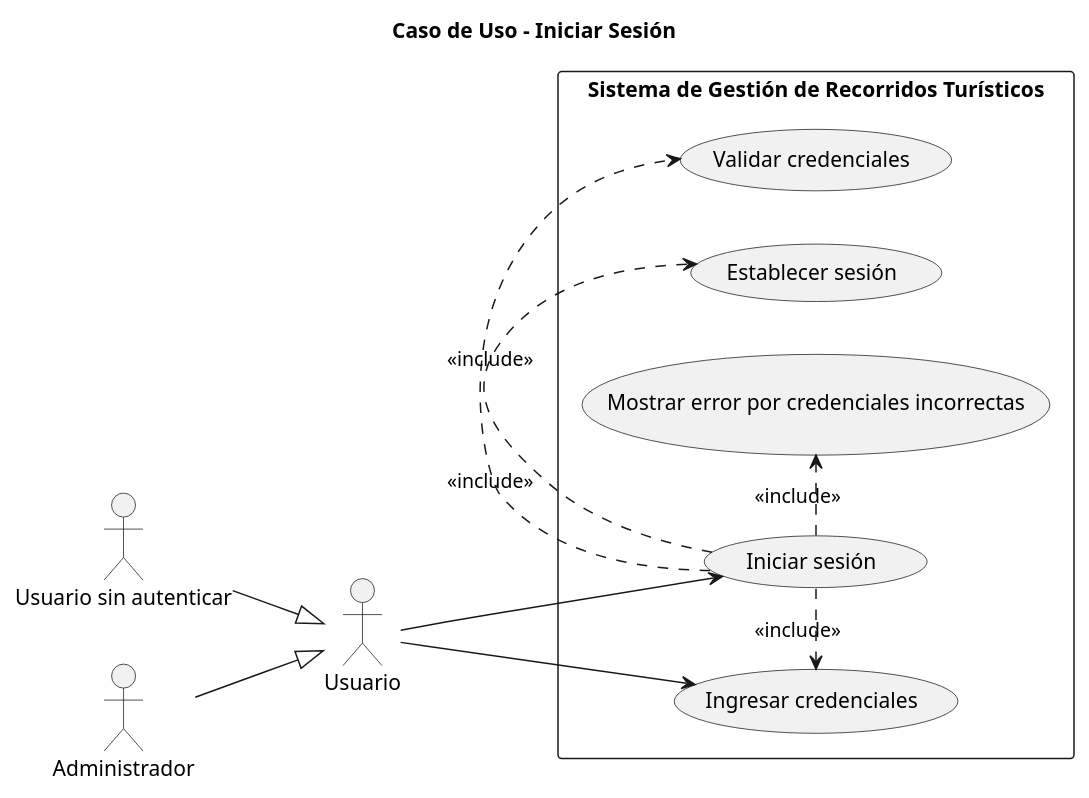
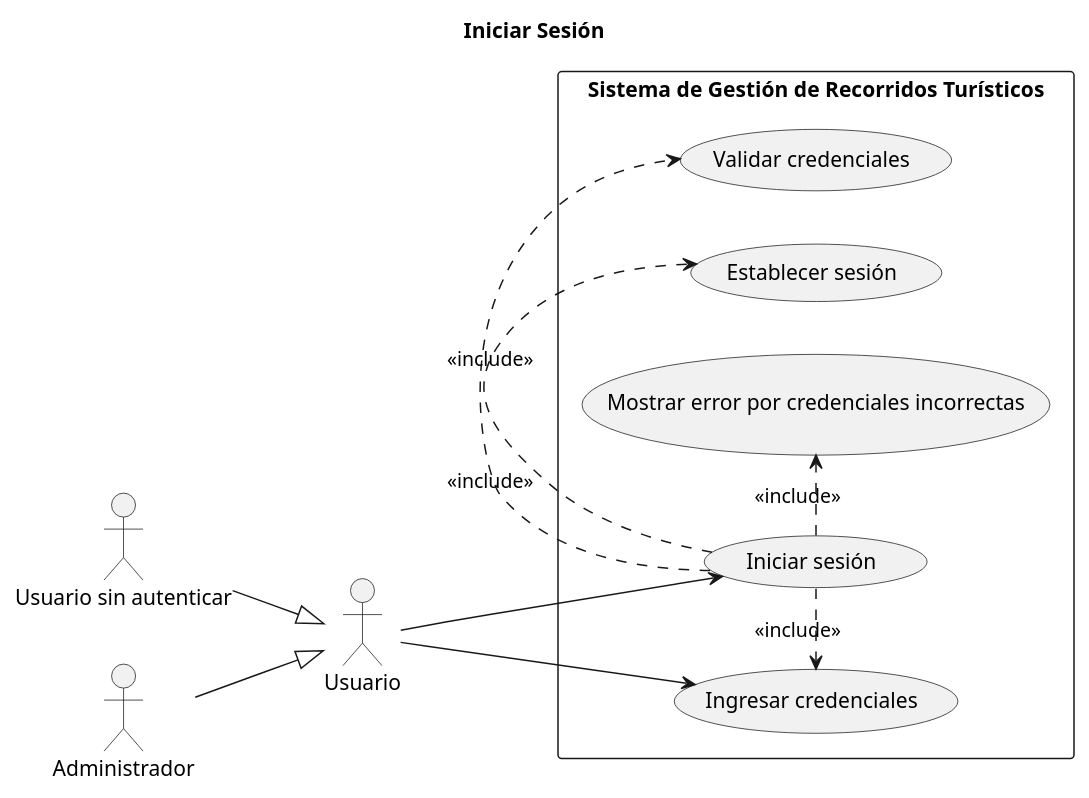
One commit to LauKnitIn/SISTEMA-GESTOR-DE-RECORRIDOS changed the diagram in diagramas_modulo_autenticacion/casos-uso-modulo-autenticacion/CU_Iniciar_sesión.puml. Above: the diagram before and after it, drawn with PlantUML.

```diff
--- a/diagramas_modulo_autenticacion/casos-uso-modulo-autenticacion/CU_Iniciar_sesión.puml
+++ b/diagramas_modulo_autenticacion/casos-uso-modulo-autenticacion/CU_Iniciar_sesión.puml
@@ -1,24 +1,24 @@
 @startuml
 left to right direction
-title Caso de Uso - Iniciar Sesión
+title Iniciar Sesión
 
 actor Usuario
 actor "Usuario sin autenticar" as UNoAuth
 actor Administrador
 
 UNoAuth --|> Usuario
 Administrador --|> Usuario
 
 rectangle "Sistema de Gestión de Recorridos Turísticos" {
 
   Usuario --> (Iniciar sesión)
   Usuario --> (Ingresar credenciales)
 
   (Iniciar sesión) .> (Ingresar credenciales) : <<include>>
   (Iniciar sesión) .> (Validar credenciales) : <<include>>
   (Iniciar sesión) .> (Establecer sesión) : <<include>>
   (Iniciar sesión) .> (Mostrar error por credenciales incorrectas) : <<include>>
 
 }
 
 @enduml
```
